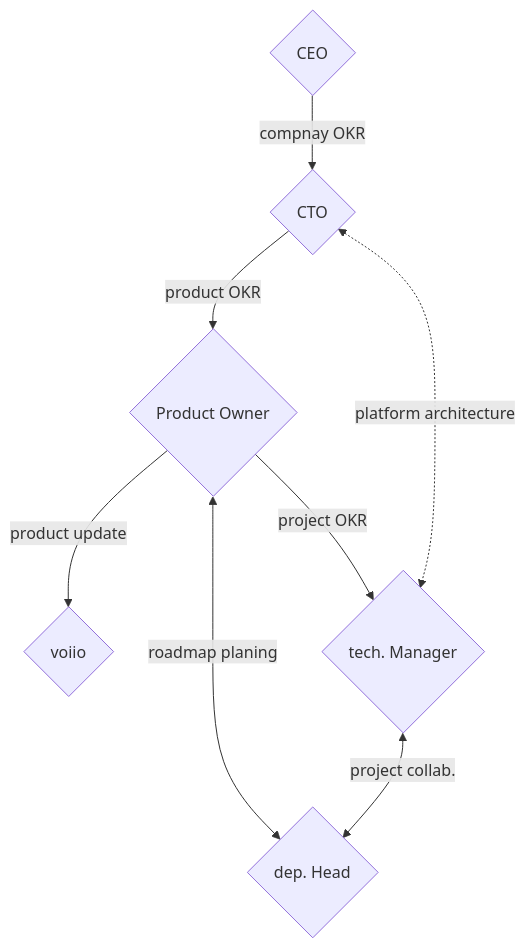
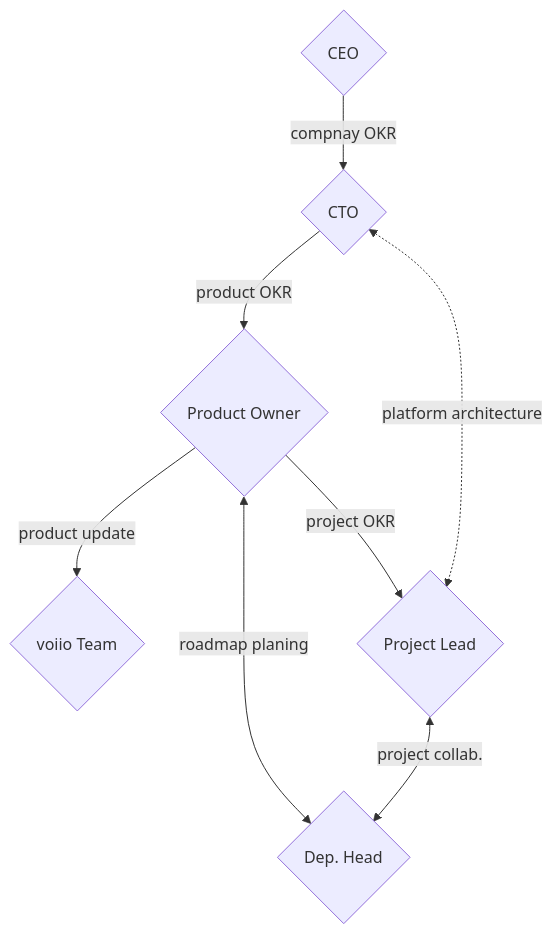
Before and after one commit to voiio/voiio.github.io: the first of 2 diagrams in team_structure.md, drawn with Mermaid. The commit also changed other lines of this file and 1 other file, not shown here.

````diff
--- a/team_structure.md
+++ b/team_structure.md
@@ -5,16 +5,16 @@
 ```mermaid
 flowchart TD
     CEO{CEO};
     CTO{CTO};
     PO{Product Owner};
-    team{voiio};
-    TM{tech. Manager};
-    TL{dep. Head};
+    team{voiio Team};
+    TM{Project Lead};
+    TL{Dep. Head};
     CEO -- compnay OKR --> CTO;
     CTO -- product OKR --> PO;
     CTO <-. platform architecture .-> TM;
     PO -- project OKR --> TM;
     TM <-- project collab. --> TL;
     PO <-- roadmap planing --> TL;
     PO -- product update --> team;
 ```
````
